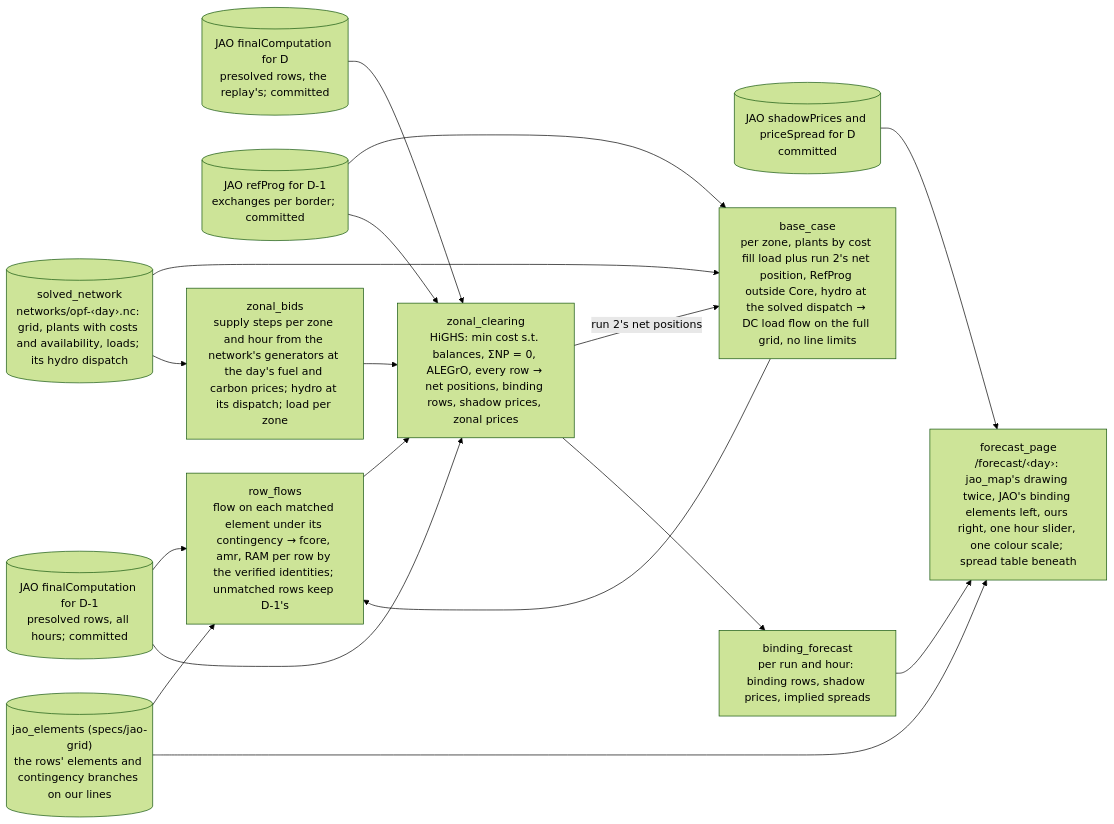
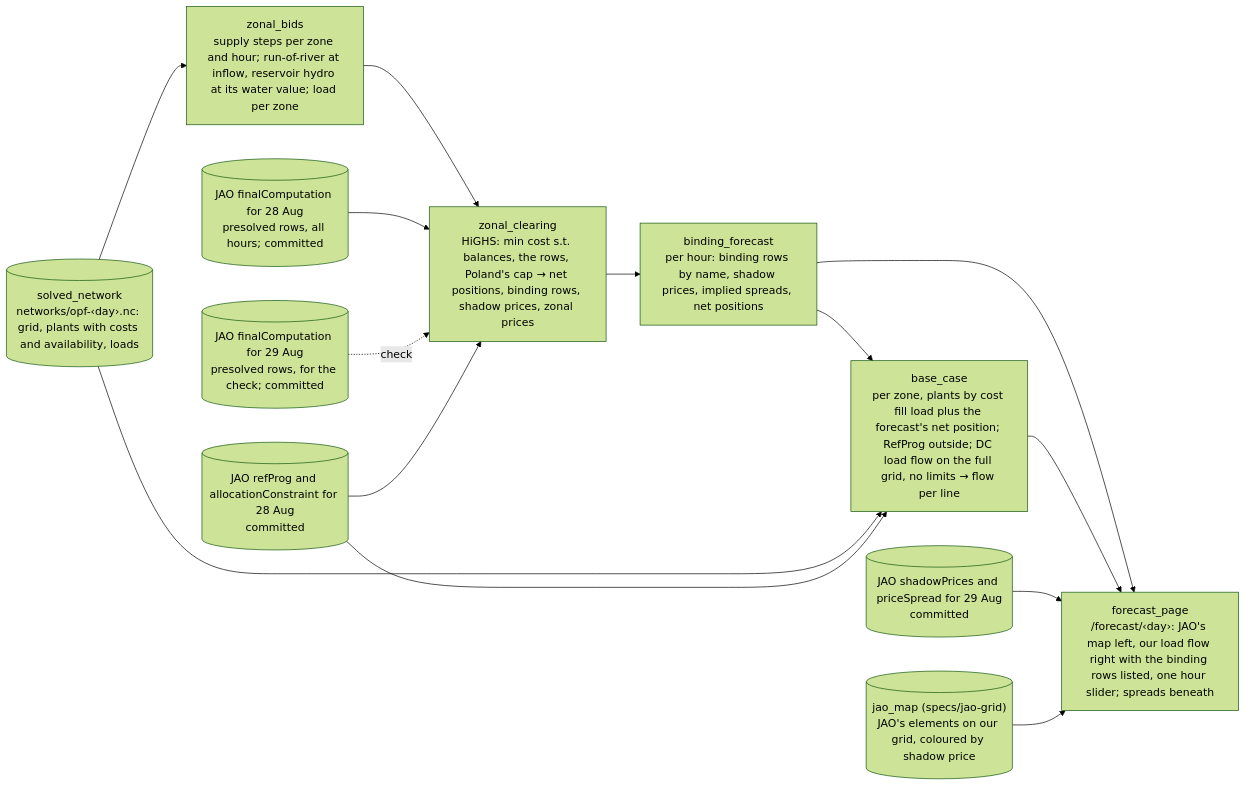
The diagram in wiki/specs/core-congestion-forecast.md (zoltanmaric/coppersushi), drawn with Mermaid (forest theme) before and after one commit. The commit also changed other lines of this file and 3 other files, not shown here.

First line of the commit message:
Forecast spec cut to what needs no matching: clear against yesterday's rows, draw the load flow of that trade

````diff
--- a/wiki/specs/core-congestion-forecast.md
+++ b/wiki/specs/core-congestion-forecast.md
@@ -47,32 +38,28 @@
 ```mermaid
 flowchart LR
 
-    rows_dm1[("JAO finalComputation for D-1<br/>presolved rows, all hours; committed")]
-    rows_d[("JAO finalComputation for D<br/>presolved rows, the replay's; committed")]
-    truth[("JAO shadowPrices and priceSpread for D<br/>committed")]
-    refprog[("JAO refProg for D-1<br/>exchanges per border; committed")]
-    grid[("solved_network<br/>networks/opf-‹day›.nc: grid, plants with costs and availability, loads; its hydro dispatch")]
-    elements[("jao_elements (specs/jao-grid)<br/>the rows' elements and contingency branches on our lines")]
+    rows_28[("JAO finalComputation for 28 Aug<br/>presolved rows, all hours; committed")]
+    rows_29[("JAO finalComputation for 29 Aug<br/>presolved rows, for the check; committed")]
+    truth[("JAO shadowPrices and priceSpread for 29 Aug<br/>committed")]
+    outside[("JAO refProg and allocationConstraint for 28 Aug<br/>committed")]
+    grid[("solved_network<br/>networks/opf-‹day›.nc: grid, plants with costs and availability, loads")]
+    jao_map[("jao_map (specs/jao-grid)<br/>JAO's elements on our grid, coloured by shadow price")]
 
-    bids["zonal_bids<br/>supply steps per zone and hour from the network's generators at the day's fuel and carbon prices; hydro at its dispatch; load per zone"]
-    dispatch["base_case<br/>per zone, plants by cost fill load plus run 2's net position, RefProg outside Core, hydro at the solved dispatch → DC load flow on the full grid, no line limits"]
-    flows["row_flows<br/>flow on each matched element under its contingency → fcore, amr, RAM per row by the verified identities; unmatched rows keep D-1's"]
-    lp["zonal_clearing<br/>HiGHS: min cost s.t. balances, ΣNP = 0, ALEGrO, every row → net positions, binding rows, shadow prices, zonal prices"]
-    forecast["binding_forecast<br/>per run and hour: binding rows, shadow prices, implied spreads"]
-    page["forecast_page<br/>/forecast/‹day›: jao_map's drawing twice, JAO's binding elements left, ours right, one hour slider, one colour scale; spread table beneath"]
+    bids["zonal_bids<br/>supply steps per zone and hour; run-of-river at inflow, reservoir hydro at its water value; load per zone"]
+    lp["zonal_clearing<br/>HiGHS: min cost s.t. balances, the rows, Poland's cap → net positions, binding rows, shadow prices, zonal prices"]
+    forecast["binding_forecast<br/>per hour: binding rows by name, shadow prices, implied spreads, net positions"]
+    base["base_case<br/>per zone, plants by cost fill load plus the forecast's net position; RefProg outside; DC load flow on the full grid, no limits → flow per line"]
+    page["forecast_page<br/>/forecast/‹day›: JAO's map left, our load flow right with the binding rows listed, one hour slider; spreads beneath"]
 
-    rows_dm1 --> flows
-    grid --> dispatch
-    refprog --> dispatch
-    lp -- "run 2's net positions" --> dispatch
-    dispatch --> flows
-    elements --> flows
-    flows --> lp
-    rows_dm1 --> lp
-    rows_d --> lp
     grid --> bids --> lp
-    refprog --> lp
+    rows_28 --> lp
+    rows_29 -. check .-> lp
+    outside --> lp
     lp --> forecast --> page
+    forecast --> base
+    grid --> base
+    outside --> base
+    base --> page
     truth --> page
-    elements --> page
+    jao_map --> page
 ```
````
